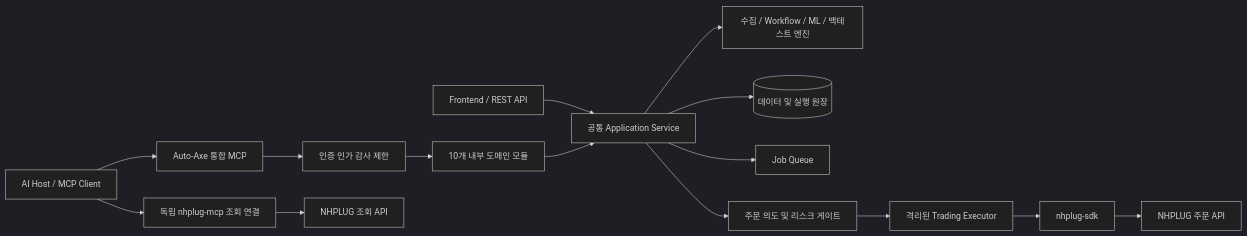
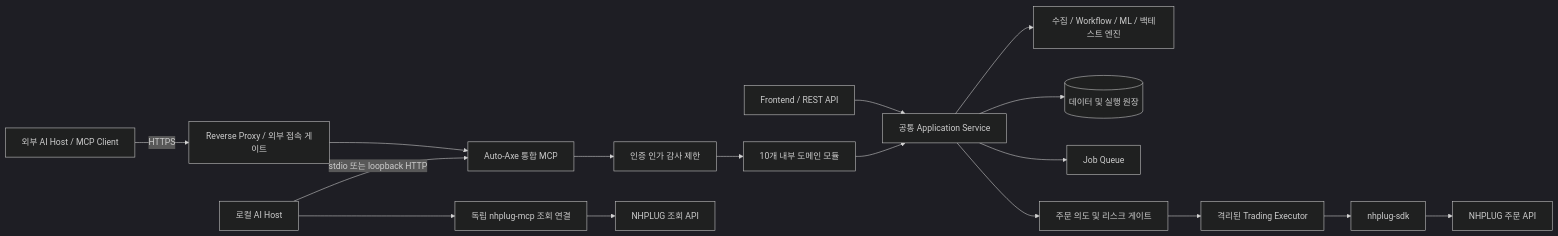
One commit to ELSAPHABA/Auto-Axe changed the diagram in docs/mcp/specification.md. Above: the diagram before and after it, drawn with Mermaid (dark theme). The commit also changed other lines of this file, not shown here.

Commit message:
docs: require local and secure remote MCP access

````diff
--- a/docs/mcp/specification.md
+++ b/docs/mcp/specification.md
@@ -22,17 +24,19 @@
 ```mermaid
 flowchart LR
-  A[AI Host / MCP Client] --> M[Auto-Axe 통합 MCP]
+  A[외부 AI Host / MCP Client] -->|HTTPS| G[Reverse Proxy / 외부 접속 게이트]
+  G --> M[Auto-Axe 통합 MCP]
+  L[로컬 AI Host] -->|stdio 또는 loopback HTTP| M
   UI[Frontend / REST API] --> S[공통 Application Service]
   M --> P[인증 인가 감사 제한]
   P --> D[10개 내부 도메인 모듈]
   D --> S
   S --> E[수집 / Workflow / ML / 백테스트 엔진]
   S --> DB[(데이터 및 실행 원장)]
   S --> J[Job Queue]
-  A --> N[독립 nhplug-mcp 조회 연결]
+  L --> N[독립 nhplug-mcp 조회 연결]
   N --> NH[NHPLUG 조회 API]
   S --> Q[주문 의도 및 리스크 게이트]
   Q --> X[격리된 Trading Executor]
   X --> SDK[nhplug-sdk]
   SDK --> O[NHPLUG 주문 API]
 ```
````
